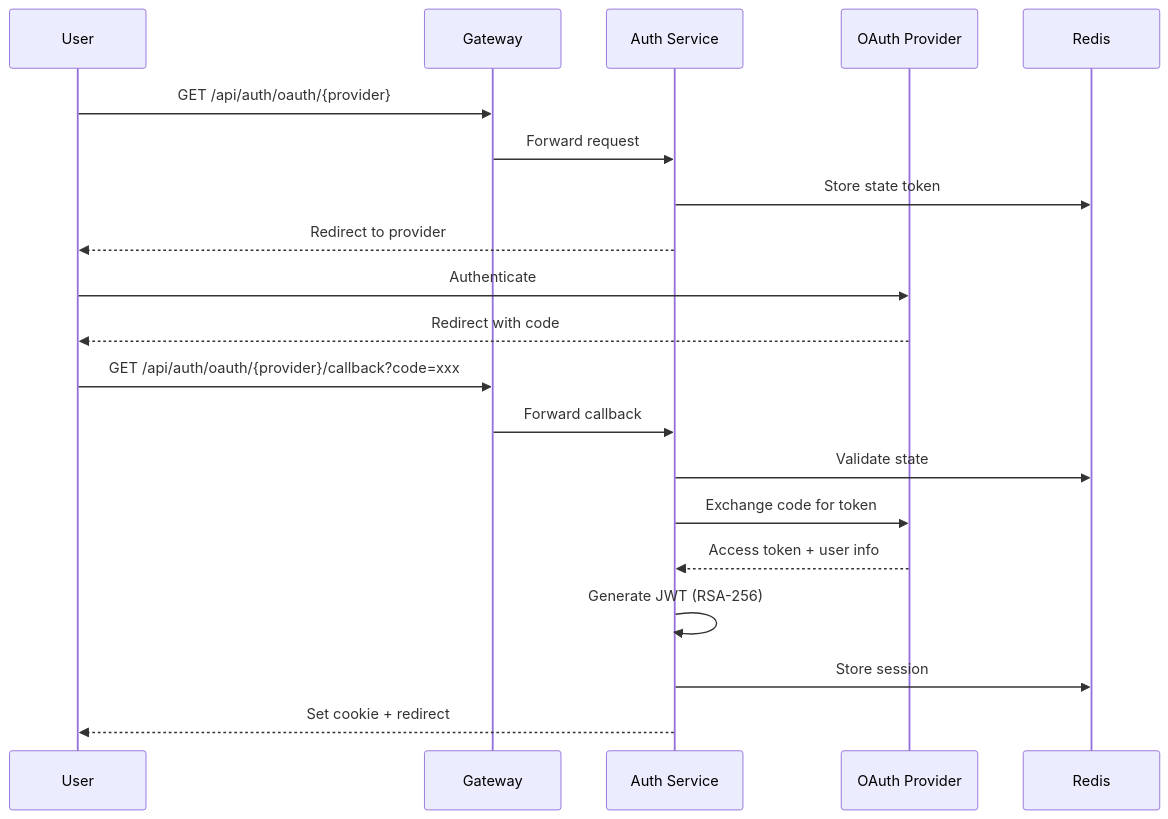
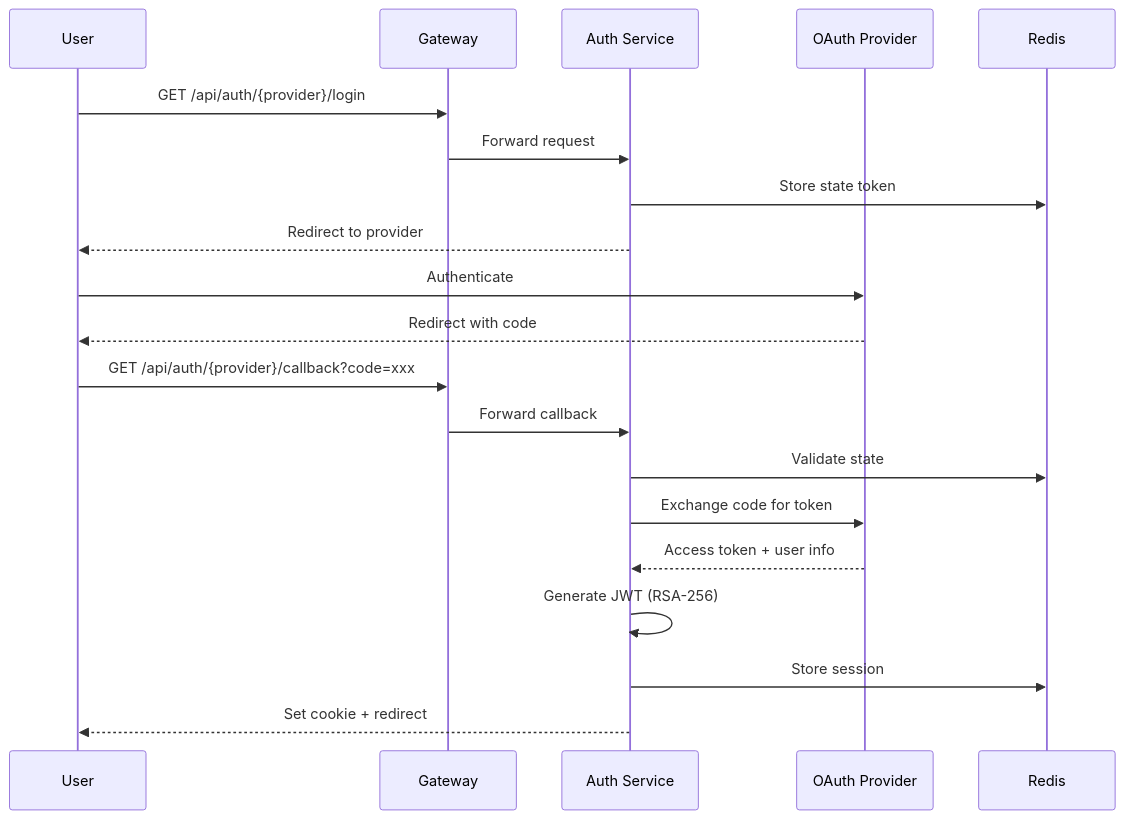
Before and after one commit to Nechja/hellArch: the first of 4 diagrams in docs/architecture/auth-flow.md, drawn with Mermaid. The commit also changed other lines of this file and 34 other files, not shown here.

````diff
--- a/docs/architecture/auth-flow.md
+++ b/docs/architecture/auth-flow.md
@@ -5,25 +5,25 @@
 ```mermaid
 sequenceDiagram
     participant User
     participant Gateway
     participant Auth as Auth Service
     participant Provider as OAuth Provider
     participant Redis
 
-    User->>Gateway: GET /api/auth/oauth/{provider}
+    User->>Gateway: GET /api/auth/{provider}/login
     Gateway->>Auth: Forward request
     Auth->>Redis: Store state token
     Auth-->>User: Redirect to provider
 
     User->>Provider: Authenticate
     Provider-->>User: Redirect with code
 
-    User->>Gateway: GET /api/auth/oauth/{provider}/callback?code=xxx
+    User->>Gateway: GET /api/auth/{provider}/callback?code=xxx
     Gateway->>Auth: Forward callback
     Auth->>Redis: Validate state
     Auth->>Provider: Exchange code for token
     Provider-->>Auth: Access token + user info
     Auth->>Auth: Generate JWT (RSA-256)
     Auth->>Redis: Store session
     Auth-->>User: Set cookie + redirect
 ```
````
